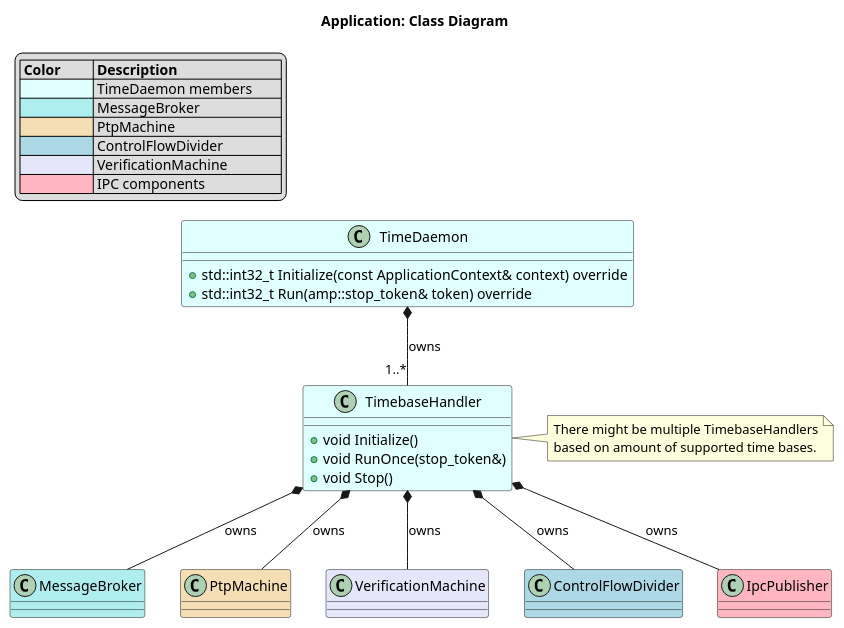
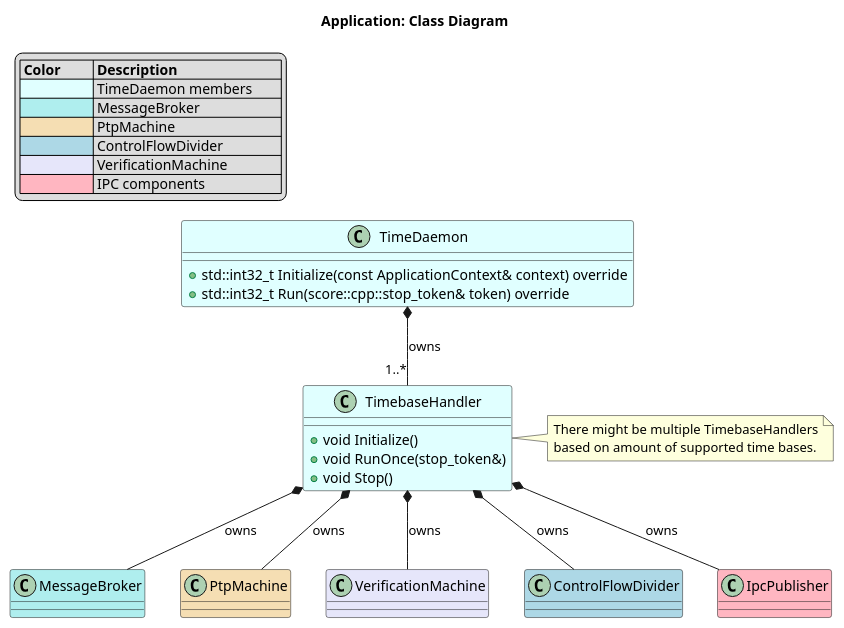
One commit to lavrovvalera/inc_time changed the diagram in docs/time/_assets/app/app_class.puml. Above: the diagram before and after it, drawn with PlantUML. The commit also changed 61 other files, not shown here.

```diff
--- a/docs/time/_assets/app/app_class.puml
+++ b/docs/time/_assets/app/app_class.puml
@@ -1,44 +1,44 @@
 @startuml application_class_diagram
 
 title Application: Class Diagram
 
 legend top left
     |= Color         |= Description              |
     | <#LightCyan>   | TimeDaemon members        |
     | <#PaleTurquoise> | MessageBroker           |
     | <#Wheat>       | PtpMachine                |
     | <#LightBlue>   | ControlFlowDivider        |
     | <#Lavender>    | VerificationMachine       |
     | <#LightPink>   | IPC components            |
 endlegend
 
 class "TimeDaemon" as vtd_app #LightCyan {
     +std::int32_t Initialize(const ApplicationContext& context) override
-    +std::int32_t Run(amp::stop_token& token) override
+    +std::int32_t Run(score::cpp::stop_token& token) override
 }
 
 class "TimebaseHandler" as tb_handler #LightCyan{
     +void Initialize()
     +void RunOnce(stop_token&)
     +void Stop()
 }
 note right
     There might be multiple TimebaseHandlers
     based on amount of supported time bases.
 end note
 
 class "MessageBroker" as msg_broker #PaleTurquoise
 class "PtpMachine" as ptp_machine #Wheat
 class "VerificationMachine" as ver_machine #Lavender
 class "ControlFlowDivider" as cf_divider #LightBlue
 class "IpcPublisher" as ipc_publisher #LightPink
 
 vtd_app *-- "1..*" tb_handler : owns
 
 tb_handler *-- msg_broker : owns
 tb_handler *-- ptp_machine : owns
 tb_handler *-- ver_machine : owns
 tb_handler *-- cf_divider : owns
 tb_handler *-- ipc_publisher : owns
 
 @enduml
```
